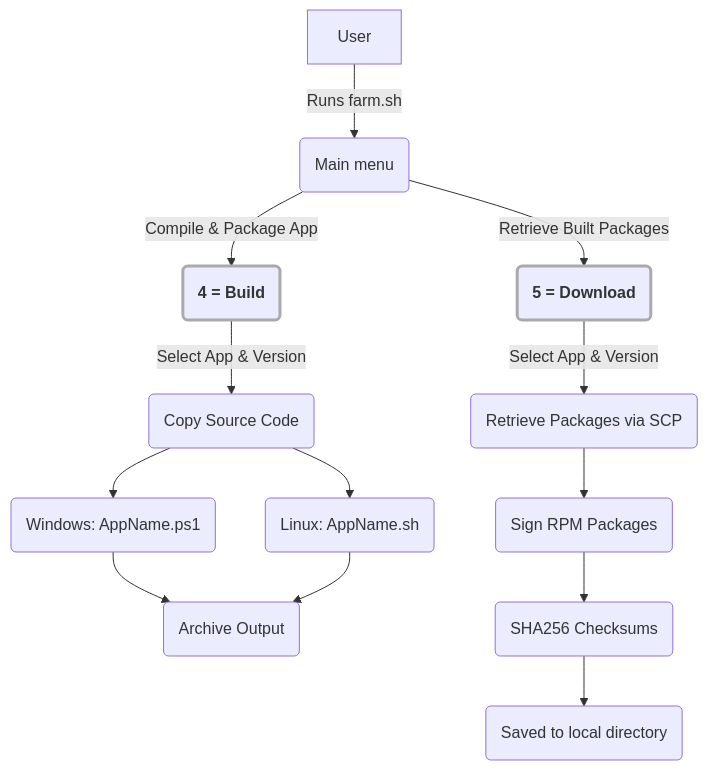
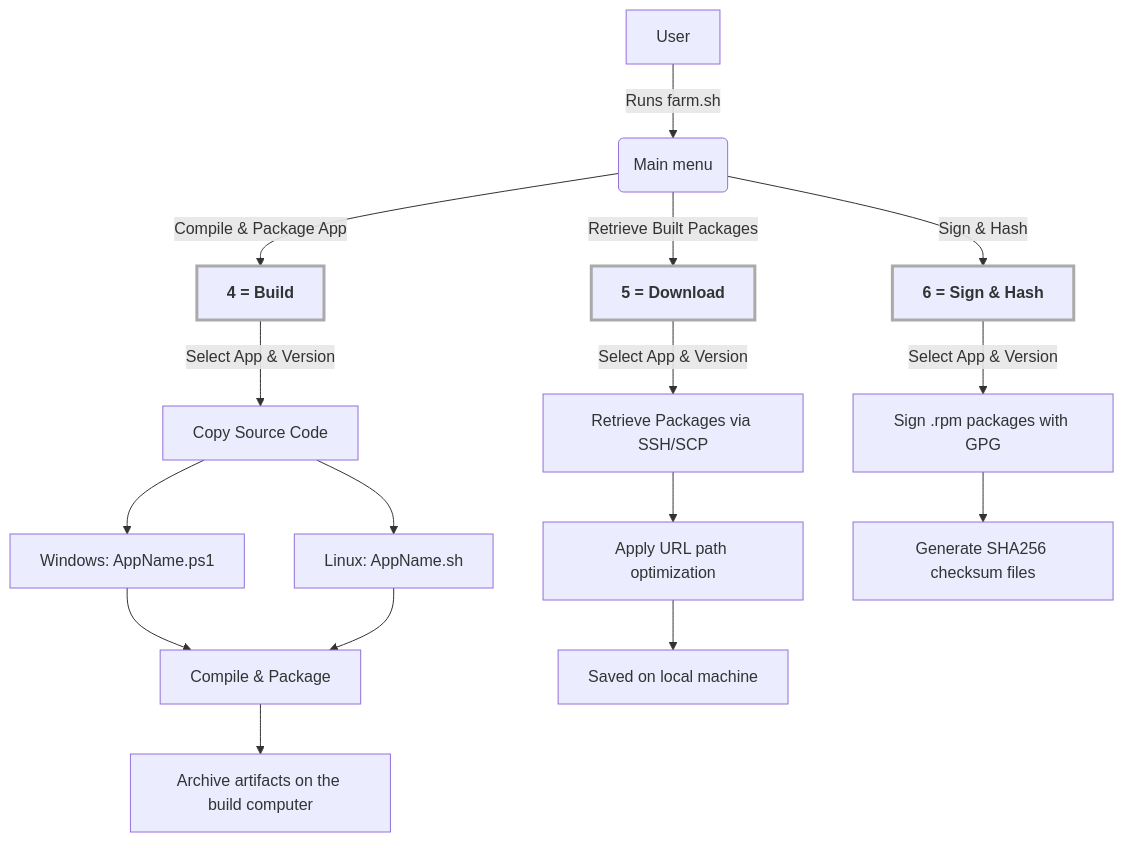
Before and after one commit to MarelisAdlatus/java-build-farm: the second of 3 diagrams in README.md, drawn with Mermaid. The commit also changed other lines of this file and 2 other files, not shown here.

Commit message:
Signature and hash separately

````diff
--- a/README.md
+++ b/README.md
@@ -182,23 +183,29 @@
 ```mermaid
 graph TD;
     A[User] -->|Runs farm.sh| B(Main menu);
 
-    B -->|Compile & Package App| C4(4 = Build);
-    B -->|Retrieve Built Packages| C5(5 = Download);
+    B -->|Compile & Package App| C4[4 = Build];
+    B -->|Retrieve Built Packages| C5[5 = Download];
+    B -->|Sign & Hash| C6[6 = Sign & Hash];
 
     %% Build
-    C4 -->|Select App & Version| E1(Copy Source Code);
-    E1 --> E2(Windows: AppName.ps1);
-    E1 --> E3(Linux: AppName.sh);
-    E2 --> F1(Archive Output);
+    C4 -->|Select App & Version| E1[Copy Source Code];
+    E1 --> E2[Windows: AppName.ps1];
+    E1 --> E3[Linux: AppName.sh];
+    E2 --> F1[Compile & Package];
     E3 --> F1;
+    F1 --> F2[Archive artifacts on the build computer];
 
     %% Download
-    C5 -->|Select App & Version| D2(Retrieve Packages via SCP);
-    D2 --> D3(Sign RPM Packages);
-    D3 --> D4(SHA256 Checksums);
-    D4 --> D5(Saved to local directory);
+    C5 -->|Select App & Version| D2[Retrieve Packages via SSH/SCP];
+    D2 --> D3[Apply URL path optimization];
+    D3 --> D4[Saved on local machine];
+
+    %% Sign & Hash
+    C6 -->|Select App & Version| G1[Sign .rpm packages with GPG];
+    G1 --> G2[Generate SHA256 checksum files];
 
     style C4 stroke:#aaa,stroke-width:3px,font-weight:bold;
     style C5 stroke:#aaa,stroke-width:3px,font-weight:bold;
+    style C6 stroke:#aaa,stroke-width:3px,font-weight:bold;
 ```
````
